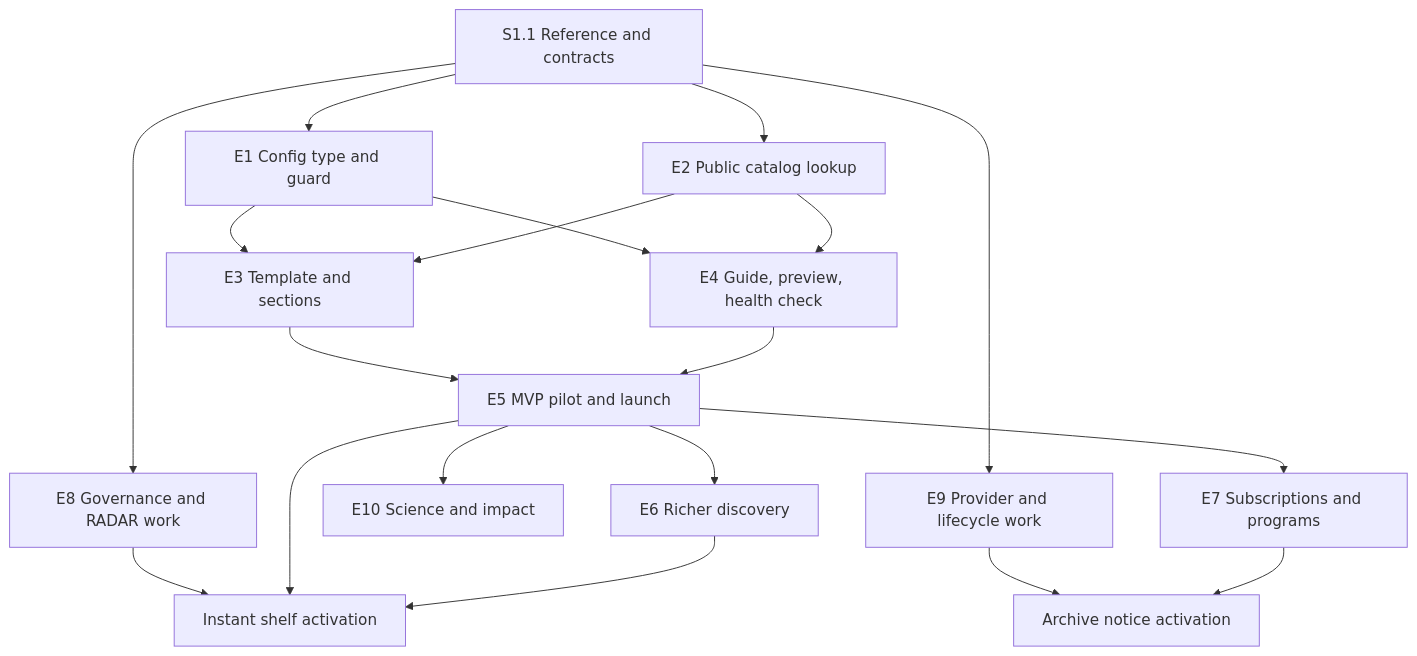
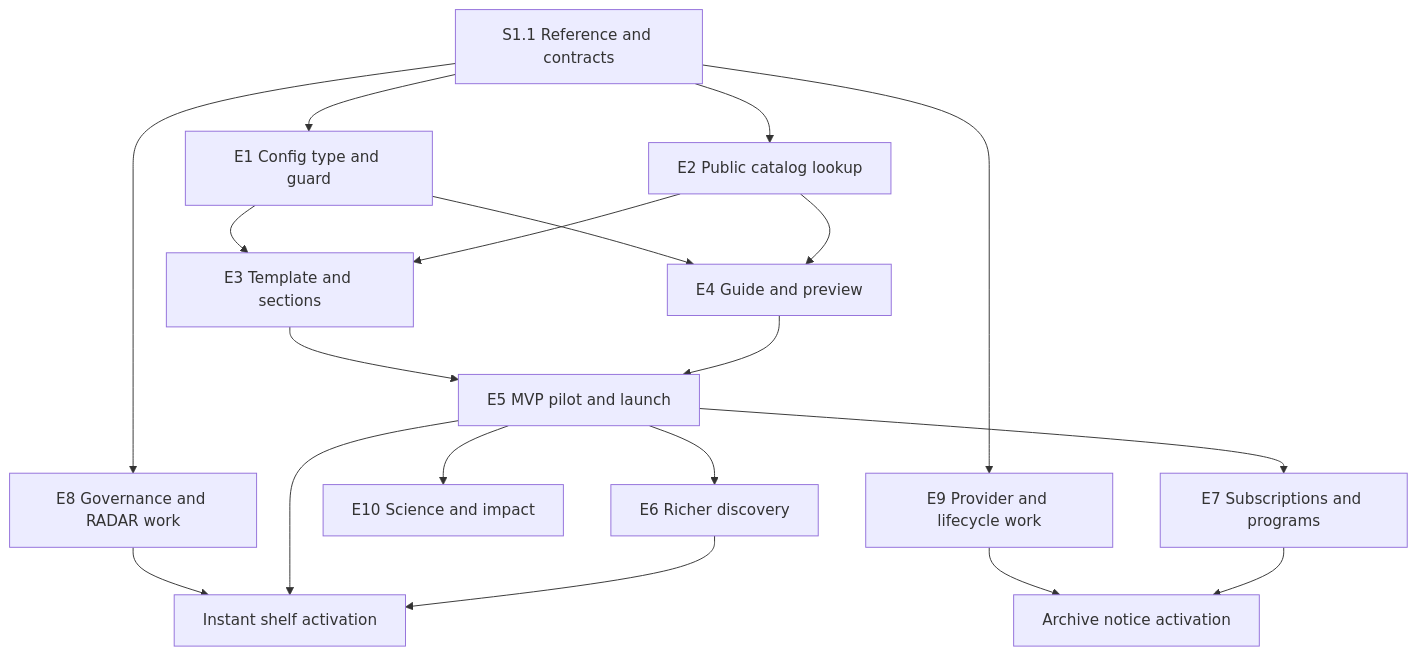
Before and after one commit to DataBiosphere/consent: the diagram in docs/plans/data-showcase-delivery-plan.md, drawn with Mermaid. The commit also changed other lines of this file and 2 other files, not shown here.

First line of the commit message:
[DT-3904] Defer the health check, leave the release date to S1.1, update API guideline

````diff
--- a/docs/plans/data-showcase-delivery-plan.md
+++ b/docs/plans/data-showcase-delivery-plan.md
@@ -944,21 +950,21 @@
 ```mermaid
 flowchart TD
   C[S1.1 Reference and contracts] --> P[E1 Config type and guard]
   C --> D[E2 Public catalog lookup]
   P --> U[E3 Template and sections]
   D --> U
-  P --> A[E4 Guide, preview, health check]
+  P --> A[E4 Guide and preview]
   D --> A
   U --> L[E5 MVP pilot and launch]
   A --> L
   L --> R[E6 Richer discovery]
   L --> N[E7 Subscriptions and programs]
   L --> I[E10 Science and impact]
   C --> G[E8 Governance and RADAR work]
   C --> S[E9 Provider and lifecycle work]
   G --> GA[Instant shelf activation]
   L --> GA
   R --> GA
   S --> SA[Archive notice activation]
   N --> SA
 ```
````
